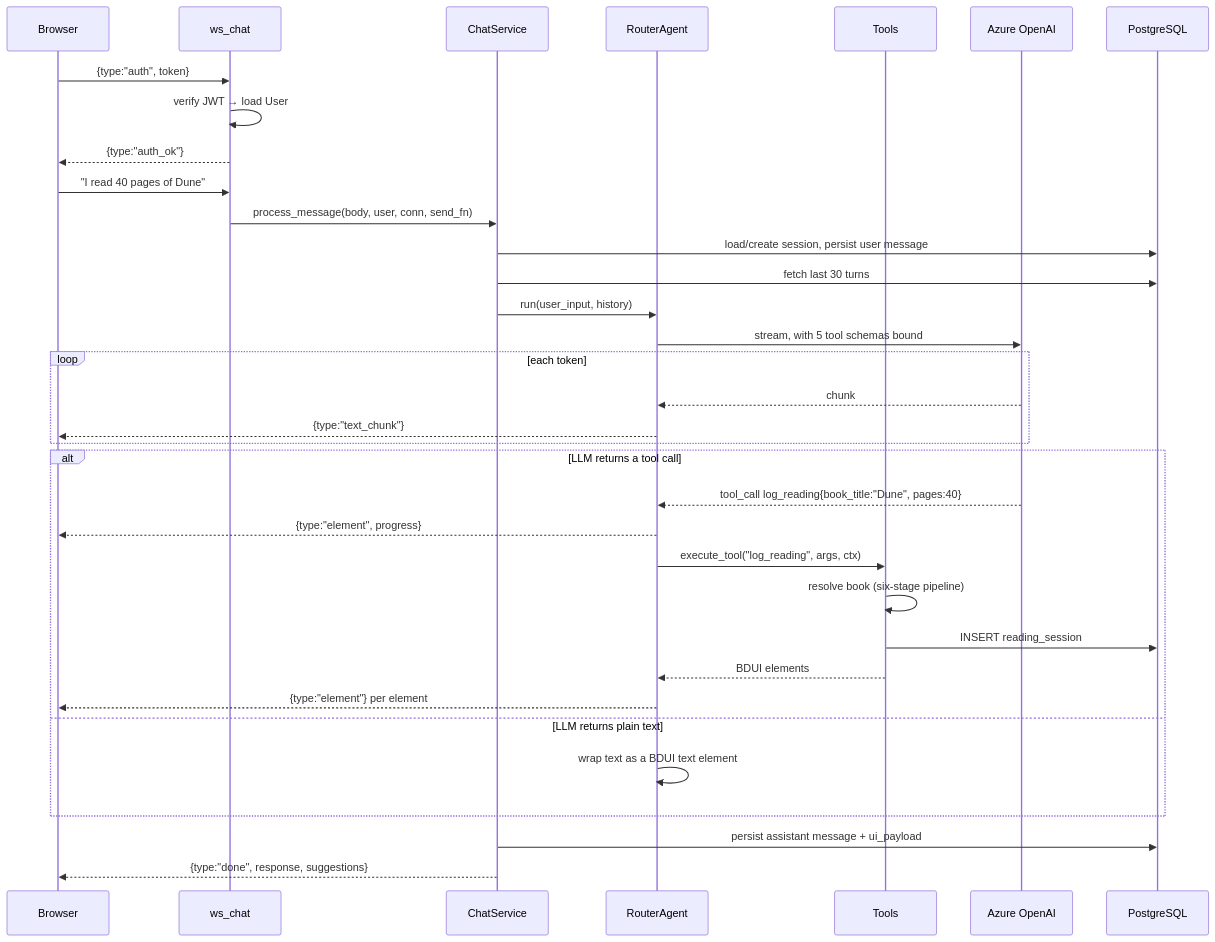
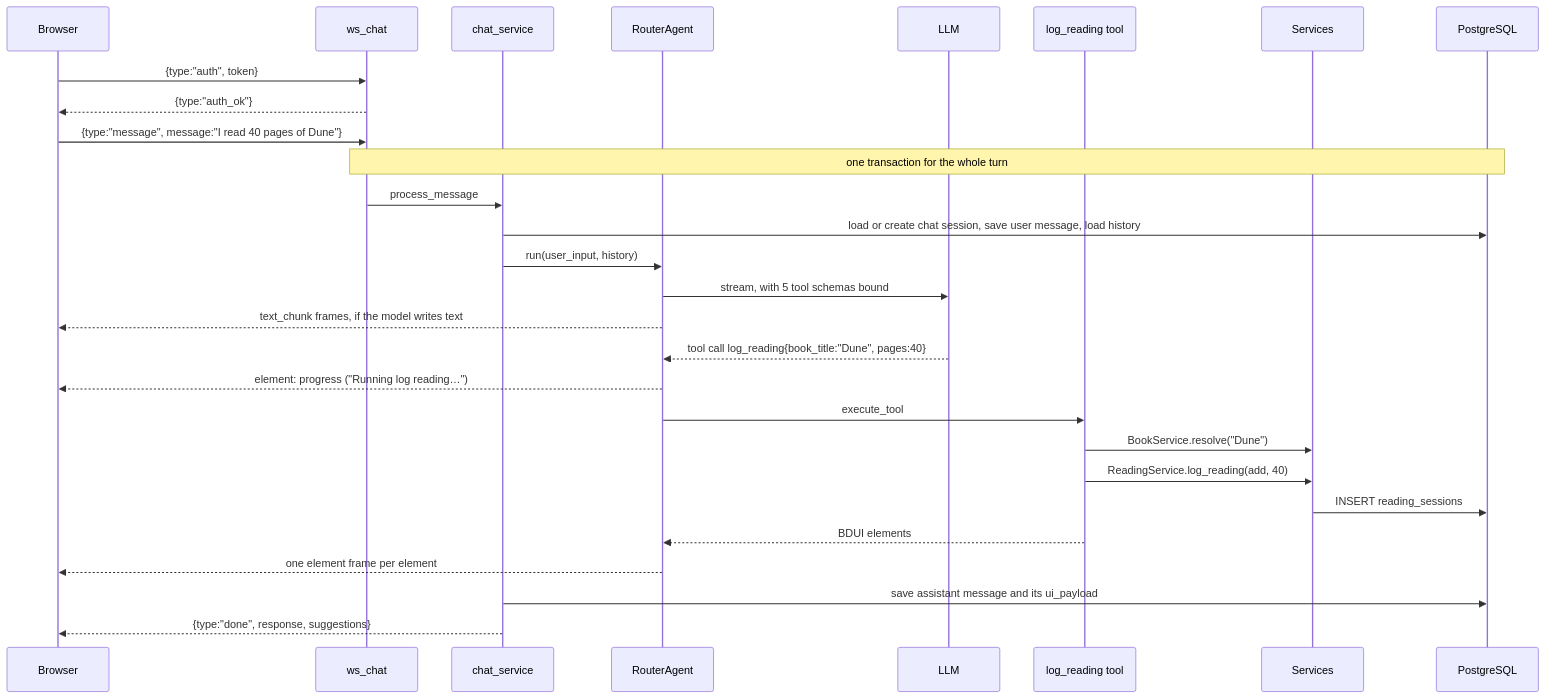
One commit to rohitxseth/readledgerx changed the second of 3 diagrams in README.md. Above: the diagram before and after it, drawn with Mermaid. The commit also changed other lines of this file and 13 other files, not shown here.

````diff
--- a/README.md
+++ b/README.md
@@ -171,41 +122,31 @@
 ```mermaid
 sequenceDiagram
-    participant U as Browser
+    participant B as Browser
     participant WS as ws_chat
-    participant CS as ChatService
+    participant CS as chat_service
     participant RA as RouterAgent
-    participant T as Tools
-    participant LLM as Azure OpenAI
+    participant LLM
+    participant T as log_reading tool
+    participant S as Services
     participant DB as PostgreSQL
 
-    U->>WS: {type:"auth", token}
-    WS->>WS: verify JWT → load User
-    WS-->>U: {type:"auth_ok"}
-
-    U->>WS: "I read 40 pages of Dune"
-    WS->>CS: process_message(body, user, conn, send_fn)
-    CS->>DB: load/create session, persist user message
-    CS->>DB: fetch last 30 turns
+    B->>WS: {type:"auth", token}
+    WS-->>B: {type:"auth_ok"}
+    B->>WS: {type:"message", message:"I read 40 pages of Dune"}
+    Note over WS,DB: one transaction for the whole turn
+    WS->>CS: process_message
+    CS->>DB: load or create chat session, save user message, load history
     CS->>RA: run(user_input, history)
-
     RA->>LLM: stream, with 5 tool schemas bound
-    loop each token
-        LLM-->>RA: chunk
-        RA-->>U: {type:"text_chunk"}
-    end
-
-    alt LLM returns a tool call
-        LLM-->>RA: tool_call log_reading{book_title:"Dune", pages:40}
-        RA-->>U: {type:"element", progress}
-        RA->>T: execute_tool("log_reading", args, ctx)
-        T->>T: resolve book (six-stage pipeline)
-        T->>DB: INSERT reading_session
-        T-->>RA: BDUI elements
-        RA-->>U: {type:"element"} per element
-    else LLM returns plain text
-        RA->>RA: wrap text as a BDUI text element
-    end
-
-    CS->>DB: persist assistant message + ui_payload
-    CS-->>U: {type:"done", response, suggestions}
+    RA-->>B: text_chunk frames, if the model writes text
+    LLM-->>RA: tool call log_reading{book_title:"Dune", pages:40}
+    RA-->>B: element: progress ("Running log reading…")
+    RA->>T: execute_tool
+    T->>S: BookService.resolve("Dune")
+    T->>S: ReadingService.log_reading(add, 40)
+    S->>DB: INSERT reading_sessions
+    T-->>RA: BDUI elements
+    RA-->>B: one element frame per element
+    CS->>DB: save assistant message and its ui_payload
+    CS-->>B: {type:"done", response, suggestions}
 ```
````
